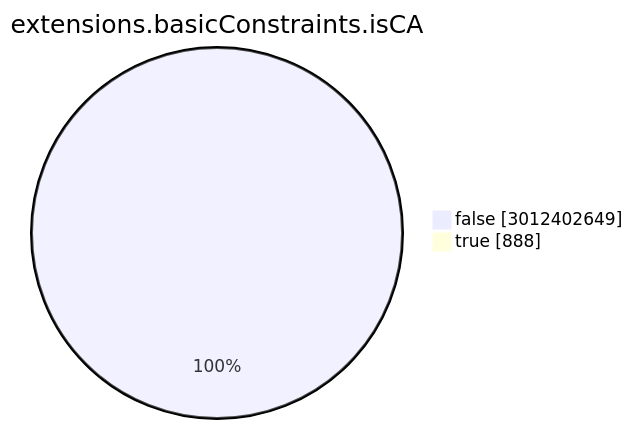
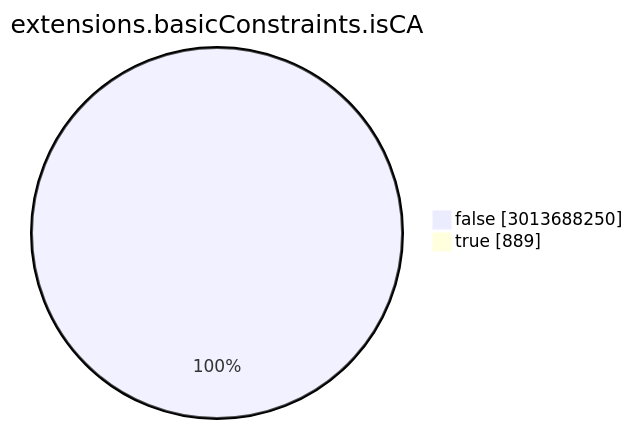
One commit to christiankrug/ctmonitor_visualization changed the seventh of 15 diagrams in TOTAL/README.md. Above: the diagram before and after it, drawn with Mermaid. The commit also changed other lines of this file, not shown here.

````diff
--- a/TOTAL/README.md
+++ b/TOTAL/README.md
@@ -3080,6 +3082,6 @@
 ```mermaid
 pie showData
 title extensions.basicConstraints.isCA
-"false" :3012402649
-"true" :888
+"false" :3013688250
+"true" :889
 ```
````
